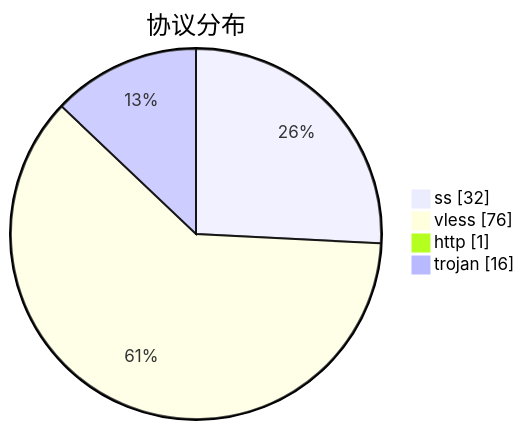
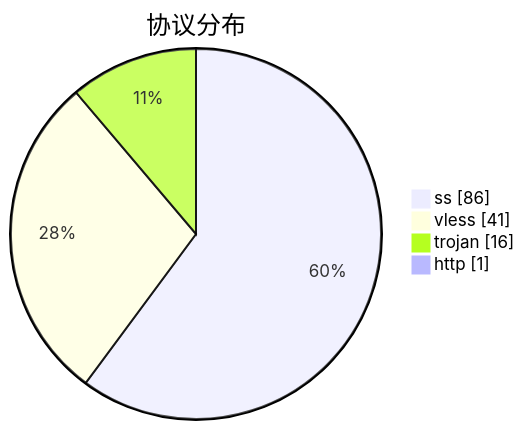
The third of 3 diagrams in subs/statistics/tested_within.md (qjlxg/airport), drawn with Mermaid before and after one commit. The commit also changed other lines of this file and 2 other files, not shown here.

````diff
--- a/subs/statistics/tested_within.md
+++ b/subs/statistics/tested_within.md
@@ -17,8 +17,8 @@
 ```mermaid
 pie showData
 title 协议分布
-"ss" : 32
-"vless" : 76
+"ss" : 86
+"vless" : 41
+"trojan" : 16
 "http" : 1
-"trojan" : 16
 ```
````
